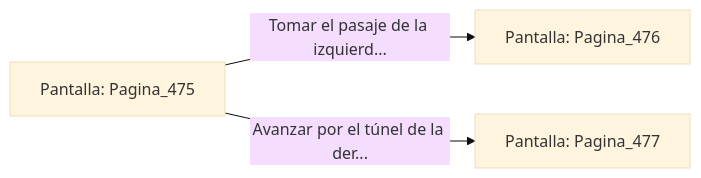
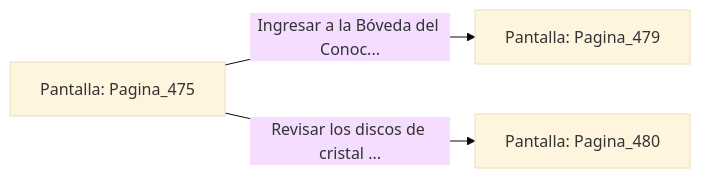
Before and after one commit to metsuke/mpl: the diagram in sample/eligejuego-vault/Pantalla_Pagina_475.md, drawn with Mermaid (base theme). The commit also changed other lines of this file and 635 other files, not shown here.

First line of the commit message:
fix: añadir Pagina_1 como pantalla inicial en capitulo_01.mpl

````diff
--- a/sample/eligejuego-vault/Pantalla_Pagina_475.md
+++ b/sample/eligejuego-vault/Pantalla_Pagina_475.md
@@ -20,6 +24,6 @@
 ```mermaid
 graph LR
     P_Pagina_475["Pantalla: Pagina_475"]
-    P_Pagina_475 -->|"Tomar el pasaje de la izquierd..."| P_Pagina_476["Pantalla: Pagina_476"]
-    P_Pagina_475 -->|"Avanzar por el túnel de la der..."| P_Pagina_477["Pantalla: Pagina_477"]
+    P_Pagina_475 -->|"Ingresar a la Bóveda del Conoc..."| P_Pagina_479["Pantalla: Pagina_479"]
+    P_Pagina_475 -->|"Revisar los discos de cristal ..."| P_Pagina_480["Pantalla: Pagina_480"]
 ```
````
